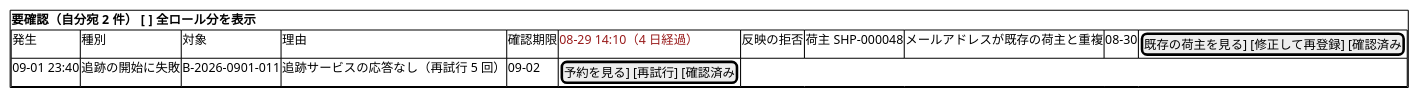
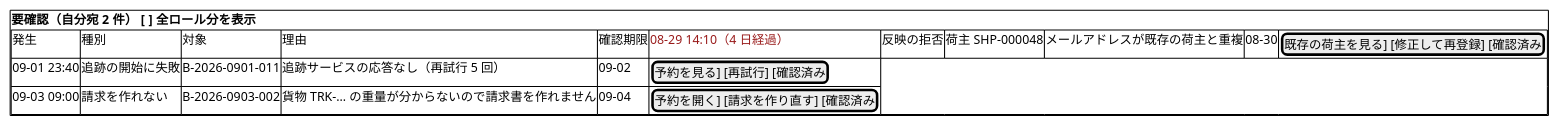
Before and after one commit to k2works/case-study-cargo-tracker: diagram 30 of 36 in docs/design/cargo-tracker/ui_design.md, drawn with PlantUML. The commit also changed other lines of this file and 41 other files, not shown here.

````diff
--- a/docs/design/cargo-tracker/ui_design.md
+++ b/docs/design/cargo-tracker/ui_design.md
@@ -1295,12 +1297,13 @@
 ```plantuml
 @startsalt
 {+
   <b>要確認（自分宛 2 件）  [ ] 全ロール分を表示
   {#
     発生 | 種別 | 対象 | 理由 | 確認期限 |
     <color:#991B1B>08-29 14:10（4 日経過）</color> | 反映の拒否 | 荷主 SHP-000048 | メールアドレスが既存の荷主と重複 | 08-30 | [既存の荷主を見る] [修正して再登録] [確認済み]
     09-01 23:40 | 追跡の開始に失敗 | B-2026-0901-011 | 追跡サービスの応答なし（再試行 5 回） | 09-02 | [予約を見る] [再試行] [確認済み]
+    09-03 09:00 | 請求を作れない | B-2026-0903-002 | 貨物 TRK-… の重量が分からないので請求書を作れません | 09-04 | [予約を開く] [請求を作り直す] [確認済み]
   }
 }
 @endsalt
 ```
````
